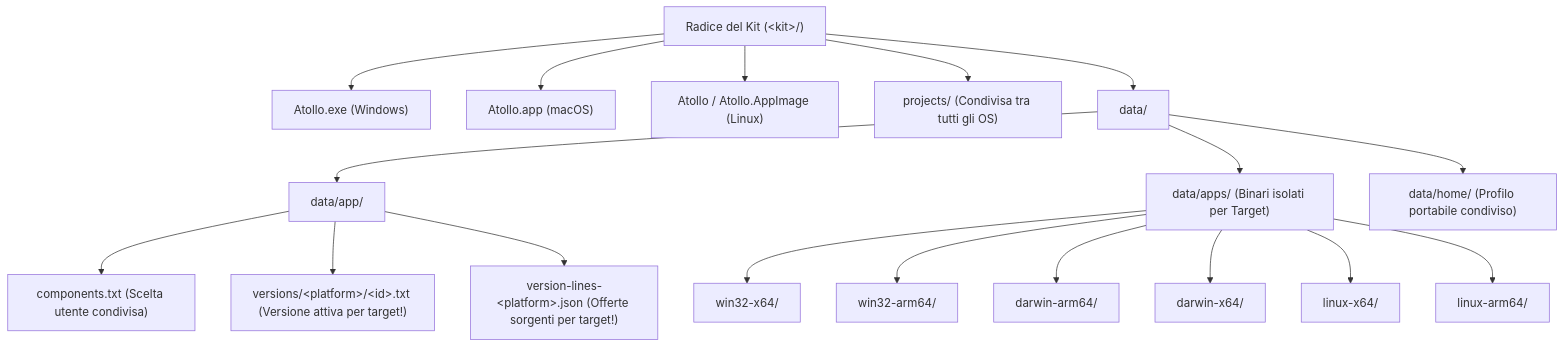
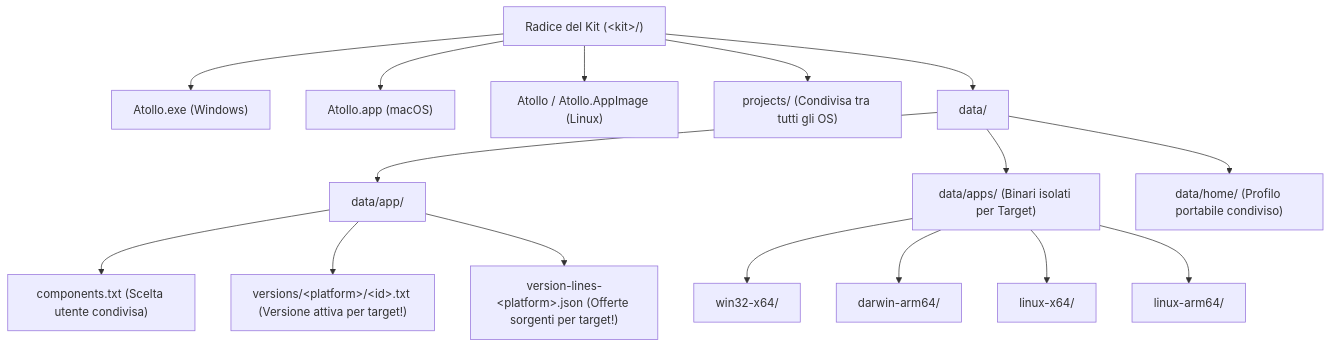
One commit to nabre/atollo changed the diagram in docs/reports/v1/06-PIANO-MATRICE-DOWNLOAD-E-FILE-MULTIPIATTAFORMA.md. Above: the diagram before and after it, drawn with Mermaid. The commit also changed other lines of this file and 50 other files, not shown here.

````diff
--- a/docs/reports/v1/06-PIANO-MATRICE-DOWNLOAD-E-FILE-MULTIPIATTAFORMA.md
+++ b/docs/reports/v1/06-PIANO-MATRICE-DOWNLOAD-E-FILE-MULTIPIATTAFORMA.md
@@ -15,24 +15,22 @@
 ```mermaid
 flowchart TD
     ROOT["Radice del Kit (&lt;kit&gt;/)"]
     ROOT --> BIN_WIN["Atollo.exe (Windows)"]
     ROOT --> BIN_MAC["Atollo.app (macOS)"]
     ROOT --> BIN_LIN["Atollo / Atollo.AppImage (Linux)"]
     ROOT --> PROJ["projects/ (Condivisa tra tutti gli OS)"]
     ROOT --> DATA["data/"]
 
     DATA --> APP["data/app/"]
     DATA --> APPS["data/apps/ (Binari isolati per Target)"]
     DATA --> HOME["data/home/ (Profilo portabile condiviso)"]
 
     APP --> COMP_TXT["components.txt (Scelta utente condivisa)"]
     APP --> VER_DIR["versions/&lt;platform&gt;/&lt;id&gt;.txt (Versione attiva per target!)"]
     APP --> LINES_JSON["version-lines-&lt;platform&gt;.json (Offerte sorgenti per target!)"]
 
     APPS --> W64["win32-x64/"]
-    APPS --> WA64["win32-arm64/"]
     APPS --> DA64["darwin-arm64/"]
-    APPS --> DX64["darwin-x64/"]
     APPS --> LX64["linux-x64/"]
     APPS --> LA64["linux-arm64/"]
 ```
````
